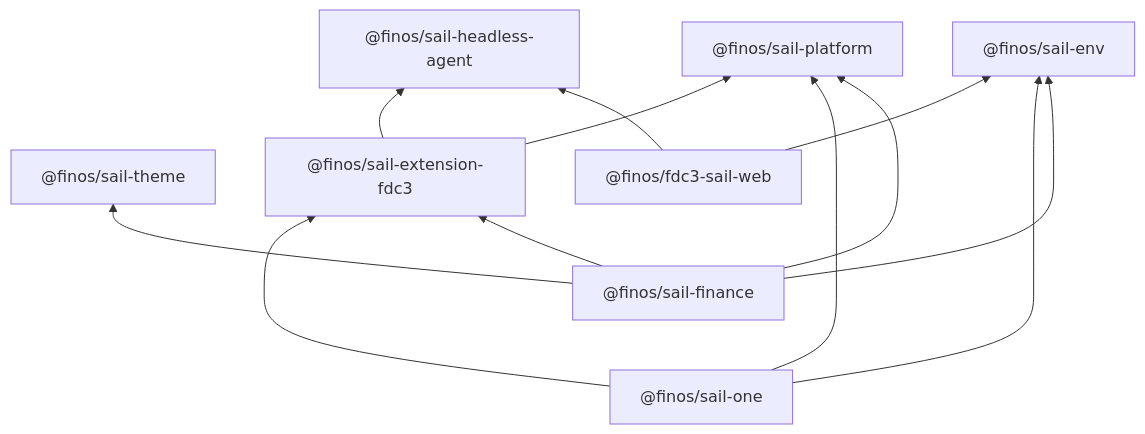
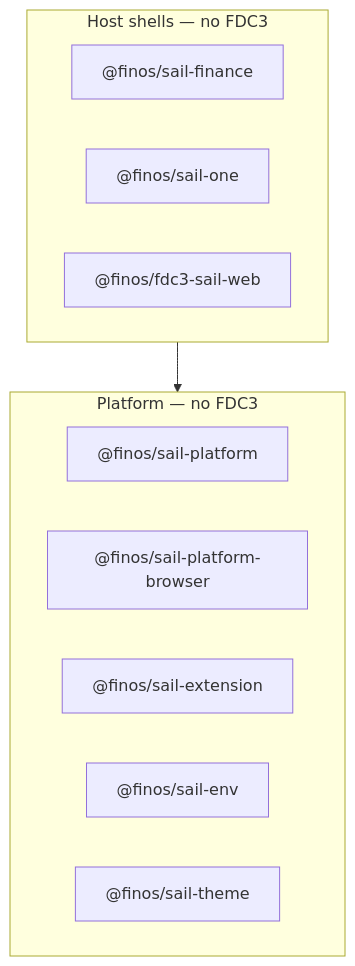
The first of 2 diagrams in README.md (finos/FDC3-Sail), drawn with Mermaid before and after one commit. The commit also changed other lines of this file and 125 other files, not shown here.

````diff
--- a/README.md
+++ b/README.md
@@ -38,25 +46,18 @@
 ```mermaid
-graph BT
-  Engine["@finos/sail-headless-agent"]
-  Env["@finos/sail-env"]
-  Theme["@finos/sail-theme"]
-  Platform["@finos/sail-platform"]
-  Ext["@finos/sail-extension-fdc3"]
-  V2["@finos/fdc3-sail-web"]
-  One["@finos/sail-one"]
-  Finance["@finos/sail-finance"]
+flowchart TB
+  subgraph Hosts["Host shells — no FDC3"]
+    Finance["@finos/sail-finance"]
+    One["@finos/sail-one"]
+    V2["@finos/fdc3-sail-web"]
+  end
 
-  Ext --> Engine
-  Ext --> Platform
-  V2 --> Engine
-  V2 --> Env
-  One --> Ext
-  One --> Platform
-  One --> Env
-  Finance --> Ext
-  Finance --> Platform
-  Finance --> Theme
-  Finance --> Env
+  subgraph Platform["Platform — no FDC3"]
+    Plat["@finos/sail-platform"]
+    Browser["@finos/sail-platform-browser"]
+    ExtRuntime["@finos/sail-extension"]
+    Env["@finos/sail-env"]
+    Theme["@finos/sail-theme"]
+  end
 
-  One ~~~ Finance ~~~ V2
+  Hosts --> Platform
 ```
````
